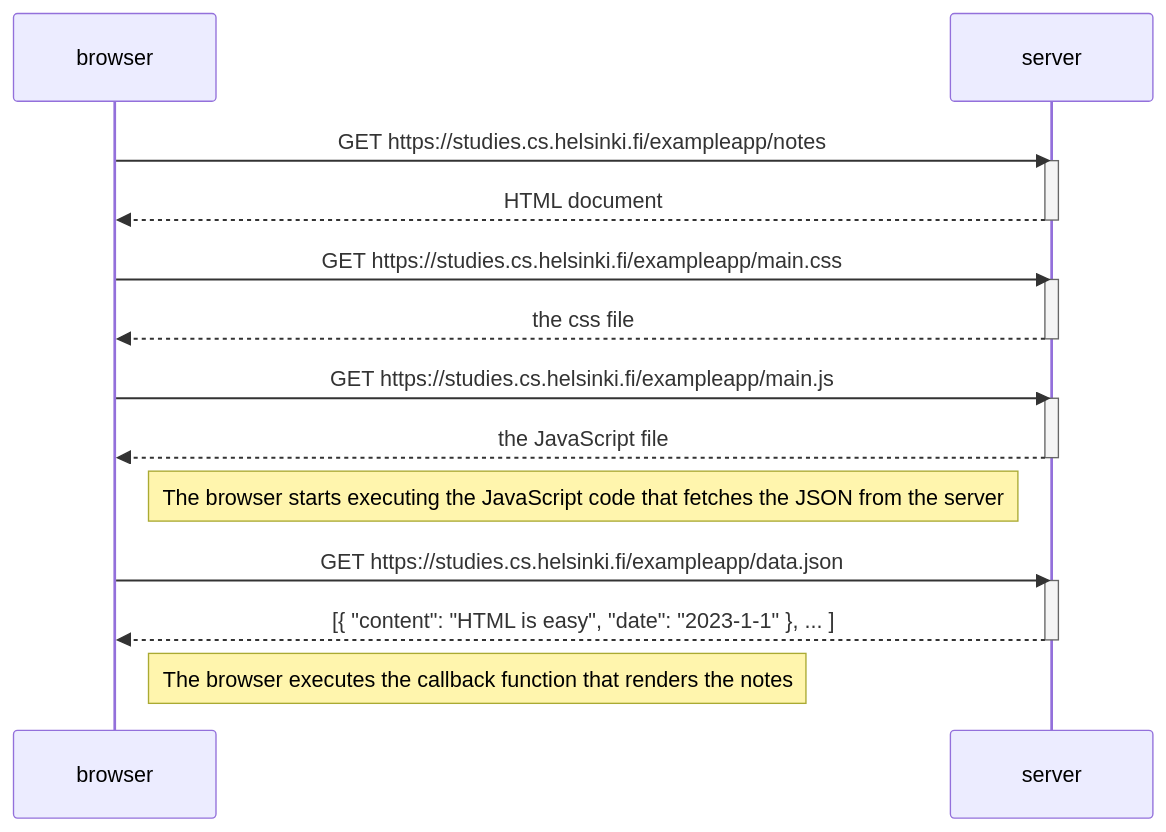
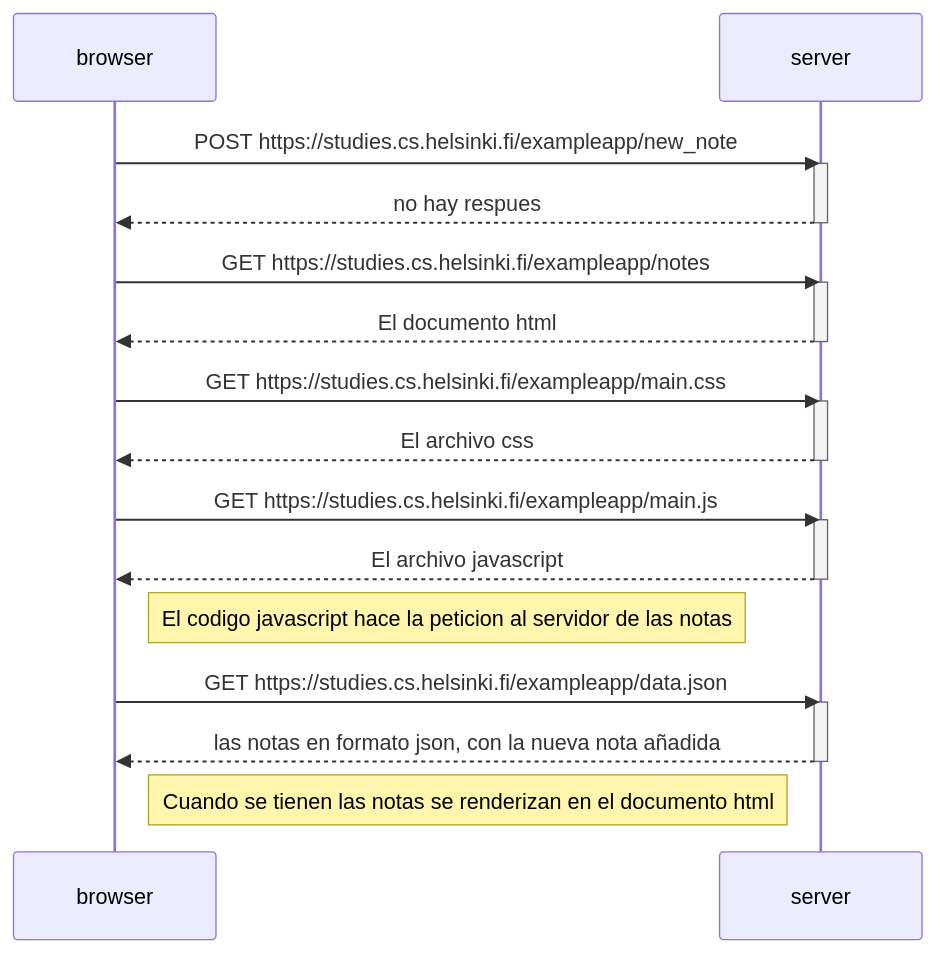
Before and after one commit to Devv0710/fullstack: the diagram in 0-4.mermaid, drawn with Mermaid.

```diff
--- a/0-4.mermaid
+++ b/0-4.mermaid
@@ -1,27 +1,32 @@
 sequenceDiagram
     participant browser
     participant server
 
+    browser->>server: POST https://studies.cs.helsinki.fi/exampleapp/new_note
+    activate server
+    server-->>browser: no hay respues
+    deactivate server
+
     browser->>server: GET https://studies.cs.helsinki.fi/exampleapp/notes
     activate server
-    server-->>browser: HTML document
+    server-->>browser: El documento html
     deactivate server
 
     browser->>server: GET https://studies.cs.helsinki.fi/exampleapp/main.css
     activate server
-    server-->>browser: the css file
+    server-->>browser: El archivo css
     deactivate server
 
     browser->>server: GET https://studies.cs.helsinki.fi/exampleapp/main.js
     activate server
-    server-->>browser: the JavaScript file
+    server-->>browser: El archivo javascript
     deactivate server
 
-    Note right of browser: The browser starts executing the JavaScript code that fetches the JSON from the server
+    Note right of browser: El codigo javascript hace la peticion al servidor de las notas 
 
     browser->>server: GET https://studies.cs.helsinki.fi/exampleapp/data.json
     activate server
-    server-->>browser: [{ "content": "HTML is easy", "date": "2023-1-1" }, ... ]
+    server-->>browser: las notas en formato json, con la nueva nota añadida
     deactivate server
 
-    Note right of browser: The browser executes the callback function that renders the notes
+    Note right of browser: Cuando se tienen las notas se renderizan en el documento html
```
